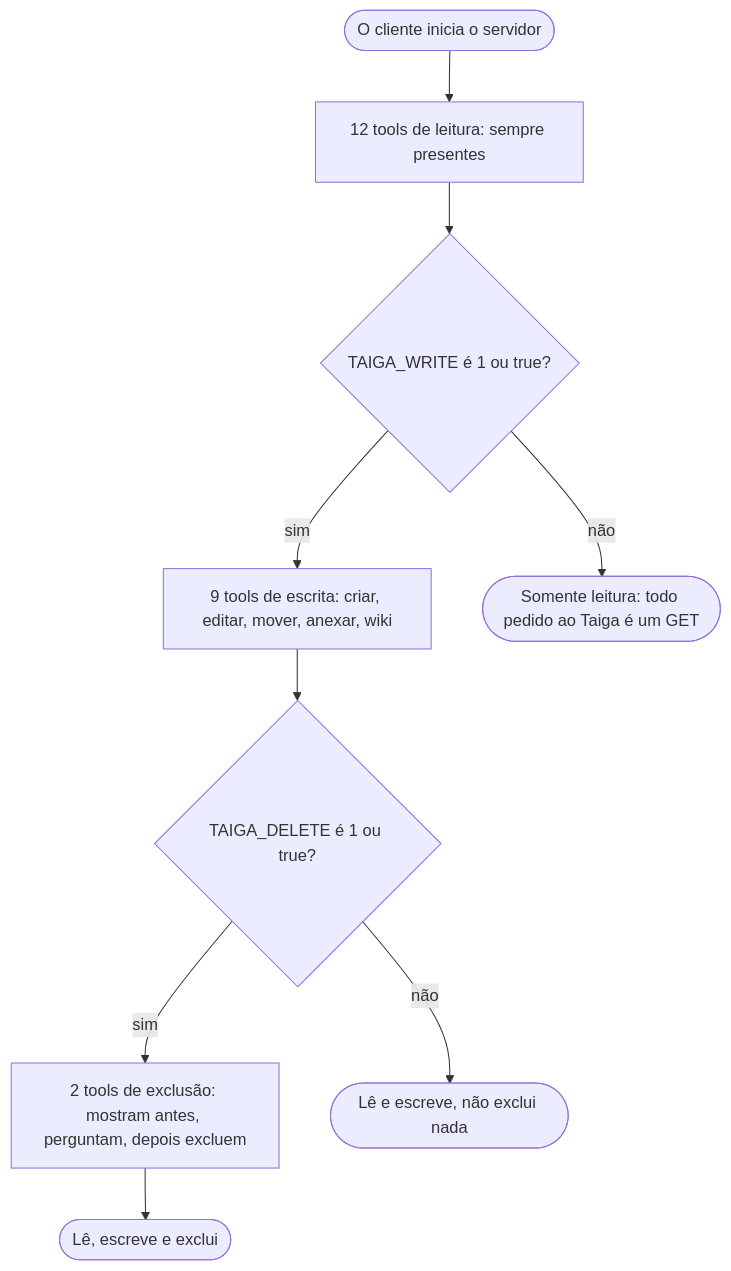
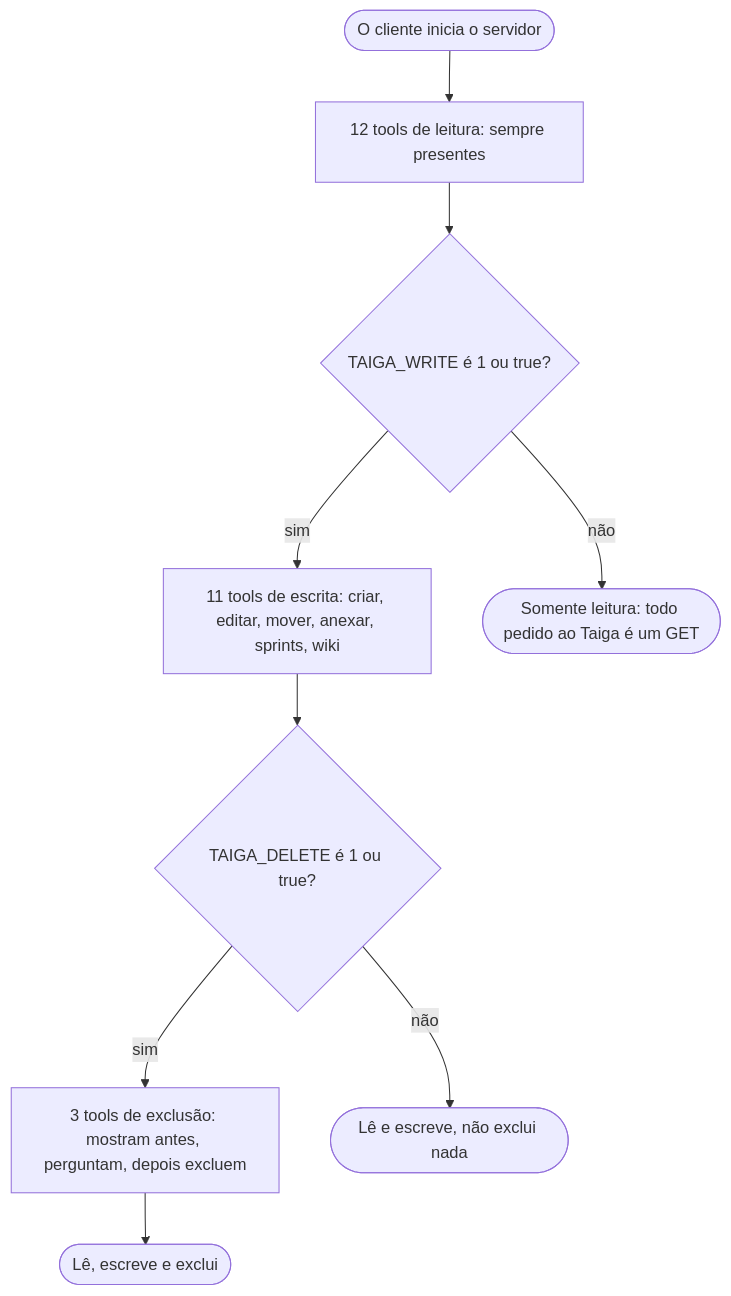
The first of 2 diagrams in docs/readme.pt-br.md (CamposCodes/taiga-r2da-mcp), drawn with Mermaid before and after one commit. The commit also changed other lines of this file and 10 other files, not shown here.

````diff
--- a/docs/readme.pt-br.md
+++ b/docs/readme.pt-br.md
@@ -296,20 +296,20 @@
 ```mermaid
 flowchart TD
     start(["O cliente inicia o servidor"])
     read["12 tools de leitura: sempre presentes"]
     w{"TAIGA_WRITE é 1 ou true?"}
-    write["9 tools de escrita: criar, editar, mover, anexar, wiki"]
+    write["11 tools de escrita: criar, editar, mover, anexar, sprints, wiki"]
     d{"TAIGA_DELETE é 1 ou true?"}
-    del["2 tools de exclusão: mostram antes, perguntam, depois excluem"]
+    del["3 tools de exclusão: mostram antes, perguntam, depois excluem"]
     ro(["Somente leitura: todo pedido ao Taiga é um GET"])
     rw(["Lê e escreve, não exclui nada"])
     all(["Lê, escreve e exclui"])
     start --> read
     read --> w
     w -->|"não"| ro
     w -->|"sim"| write
     write --> d
     d -->|"não"| rw
     d -->|"sim"| del
     del --> all
 ```
````
